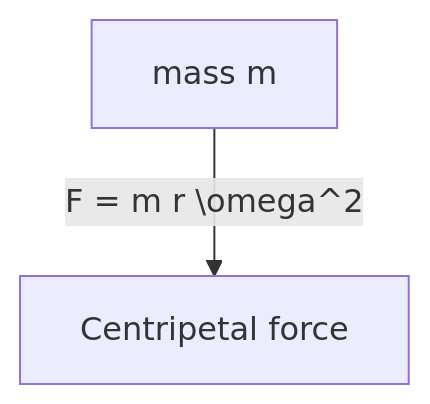
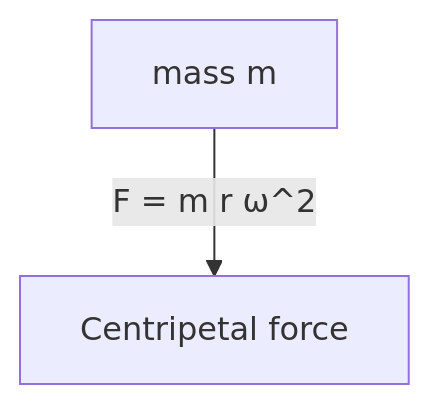
The fifth of 7 diagrams in docs/flywheel-physics.md (futuroptimist/flywheel), drawn with Mermaid before and after one commit. The commit also changed other lines of this file and 2 other files, not shown here.

Commit message:
📝 : prevent mermaid parse errors in physics doc

````diff
--- a/docs/flywheel-physics.md
+++ b/docs/flywheel-physics.md
@@ -168,4 +168,4 @@
 ```mermaid
 graph TD
-    m[mass m] -->|F = m r \omega^2| Fc[Centripetal force]
+    m[mass m] -->|F = m r ω^2| Fc[Centripetal force]
 ```
````
